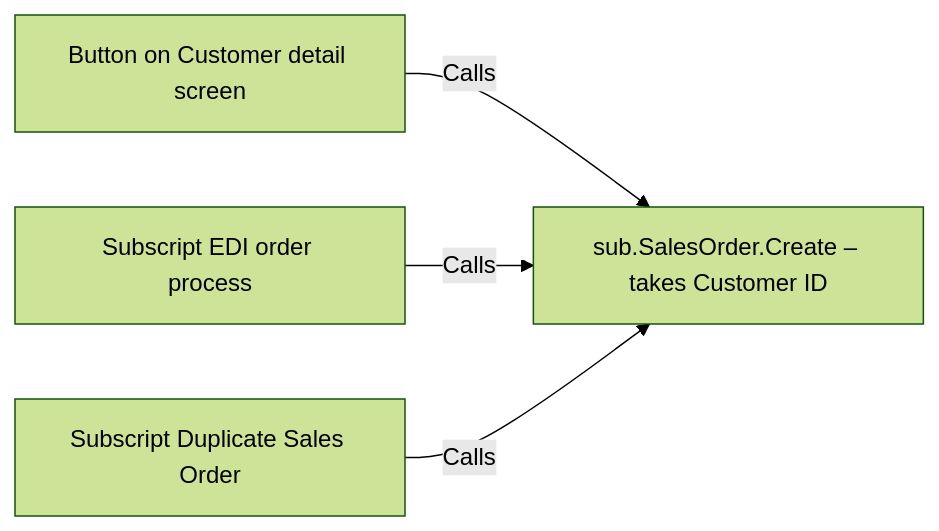
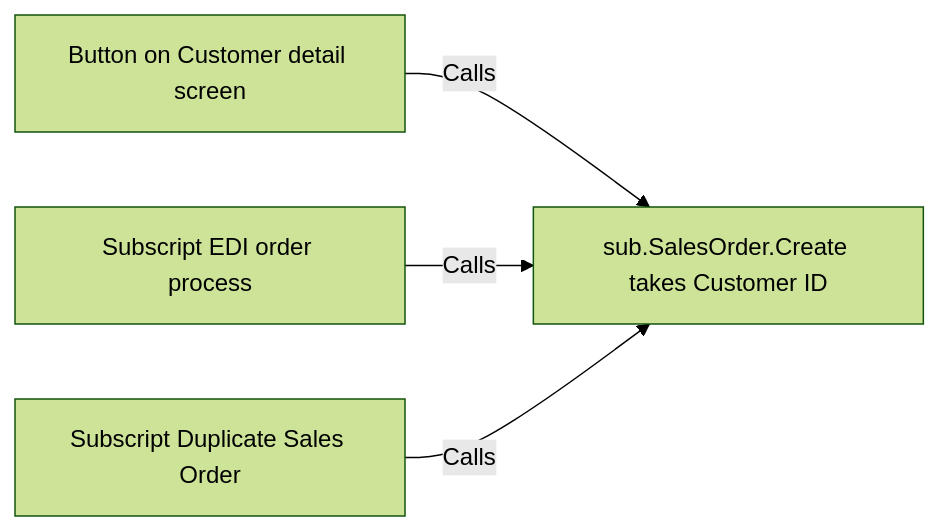
Before and after one commit to CloudChi/FX-Framework: the diagram in Script_Folders_Module.md, drawn with Mermaid (forest theme).

````diff
--- a/Script_Folders_Module.md
+++ b/Script_Folders_Module.md
@@ -49,6 +49,6 @@
 ```mermaid
 graph LR
-  A[Button on Customer detail screen] -- Calls --> F[sub.SalesOrder.Create – takes Customer ID] 
+  A[Button on Customer detail screen] -- Calls --> F[sub.SalesOrder.Create takes Customer ID] 
   B[Subscript EDI order process] -- Calls --> F
   C[Subscript Duplicate Sales Order] -- Calls --> F
 ```
````
